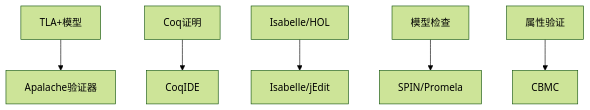
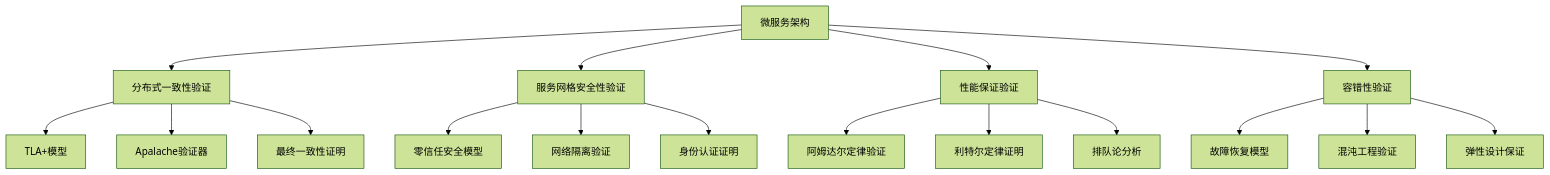
Before and after one commit to AdaMartin18010/microservice_rust: the diagram in microservice/docs/FORMAL_VERIFICATION_ARCHITECTURE.md, drawn with Mermaid (forest theme). The commit also changed other lines of this file and 54 other files, not shown here.

````diff
--- a/microservice/docs/FORMAL_VERIFICATION_ARCHITECTURE.md
+++ b/microservice/docs/FORMAL_VERIFICATION_ARCHITECTURE.md
@@ -20,8 +13,23 @@
 ```mermaid
 graph TD
-    A[TLA+模型] --> B[Apalache验证器]
-    C[Coq证明] --> D[CoqIDE]
-    E[Isabelle/HOL] --> F[Isabelle/jEdit]
-    G[模型检查] --> H[SPIN/Promela]
-    I[属性验证] --> J[CBMC]
+    A[微服务架构] --> B[分布式一致性验证]
+    A --> C[服务网格安全性验证]
+    A --> D[性能保证验证]
+    A --> E[容错性验证]
+    
+    B --> B1[TLA+模型]
+    B --> B2[Apalache验证器]
+    B --> B3[最终一致性证明]
+    
+    C --> C1[零信任安全模型]
+    C --> C2[网络隔离验证]
+    C --> C3[身份认证证明]
+    
+    D --> D1[阿姆达尔定律验证]
+    D --> D2[利特尔定律证明]
+    D --> D3[排队论分析]
+    
+    E --> E1[故障恢复模型]
+    E --> E2[混沌工程验证]
+    E --> E3[弹性设计保证]
 ```
````
